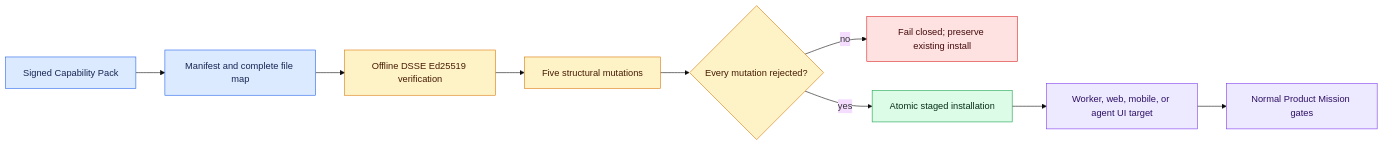
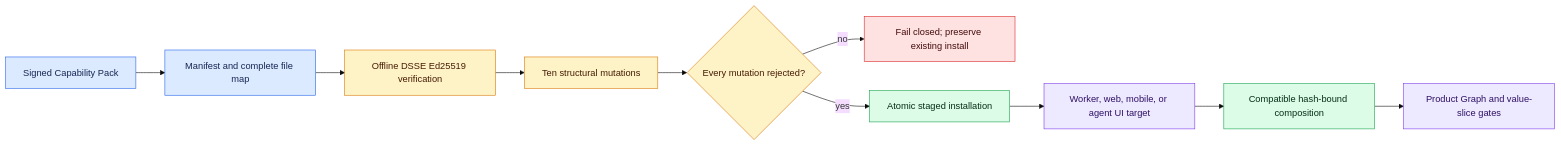
The first of 2 diagrams in docs/CAPABILITY_PACKS.md (zrk222/code-factory), drawn with Mermaid (base theme) before and after one commit. The commit also changed other lines of this file and 284 other files, not shown here.

````diff
--- a/docs/CAPABILITY_PACKS.md
+++ b/docs/CAPABILITY_PACKS.md
@@ -7,21 +8,22 @@
 ```mermaid
 flowchart LR
     A["Signed Capability Pack"] --> B["Manifest and complete file map"]
     B --> C["Offline DSSE Ed25519 verification"]
-    C --> D["Five structural mutations"]
+    C --> D["Ten structural mutations"]
     D --> E{"Every mutation rejected?"}
     E -->|"no"| F["Fail closed; preserve existing install"]
     E -->|"yes"| G["Atomic staged installation"]
     G --> H["Worker, web, mobile, or agent UI target"]
-    H --> I["Normal Product Mission gates"]
+    H --> I["Compatible hash-bound composition"]
+    I --> J["Product Graph and value-slice gates"]
     classDef input fill:#dbeafe,stroke:#2563eb,color:#172554
     classDef gate fill:#fef3c7,stroke:#d97706,color:#451a03
     classDef fail fill:#fee2e2,stroke:#dc2626,color:#450a0a
     classDef proof fill:#dcfce7,stroke:#16a34a,color:#052e16
     classDef target fill:#ede9fe,stroke:#7c3aed,color:#2e1065
     class A,B input
     class C,D,E gate
     class F fail
-    class G proof
-    class H,I target
+    class G,I proof
+    class H,J target
 ```
````
